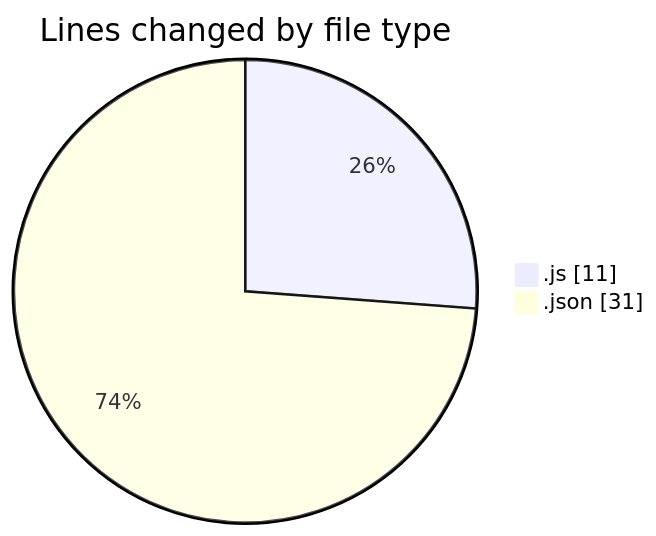
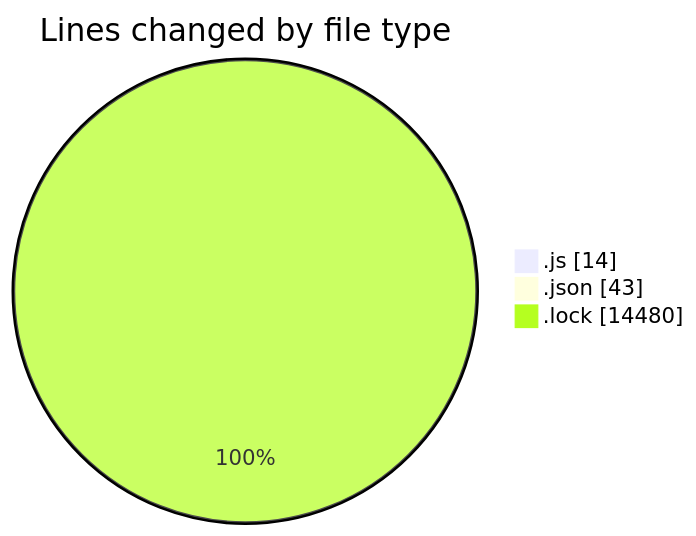
Before and after one commit to momahboobian/code-tracking: the first of 2 diagrams in 2025-12-18/cda/README.md, drawn with Mermaid. The commit also changed other lines of this file and 1 other file, not shown here.

````diff
--- a/2025-12-18/cda/README.md
+++ b/2025-12-18/cda/README.md
@@ -23,6 +24,7 @@
 ```mermaid
 pie showData
 title Lines changed by file type
-".js" : 11
-".json" : 31
+".js" : 14
+".json" : 43
+".lock" : 14480
 ```
````
